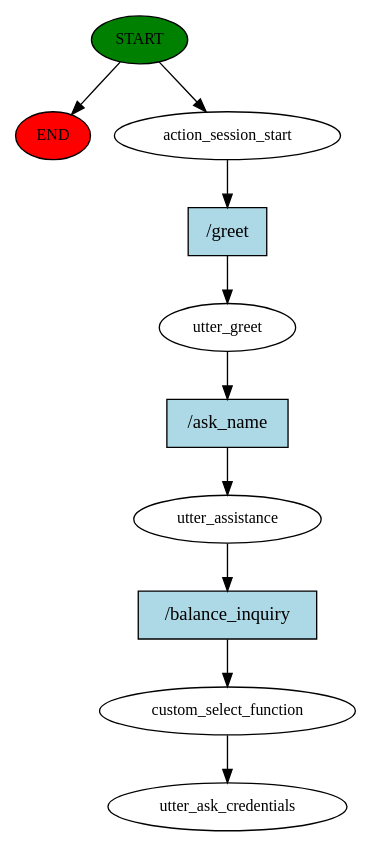
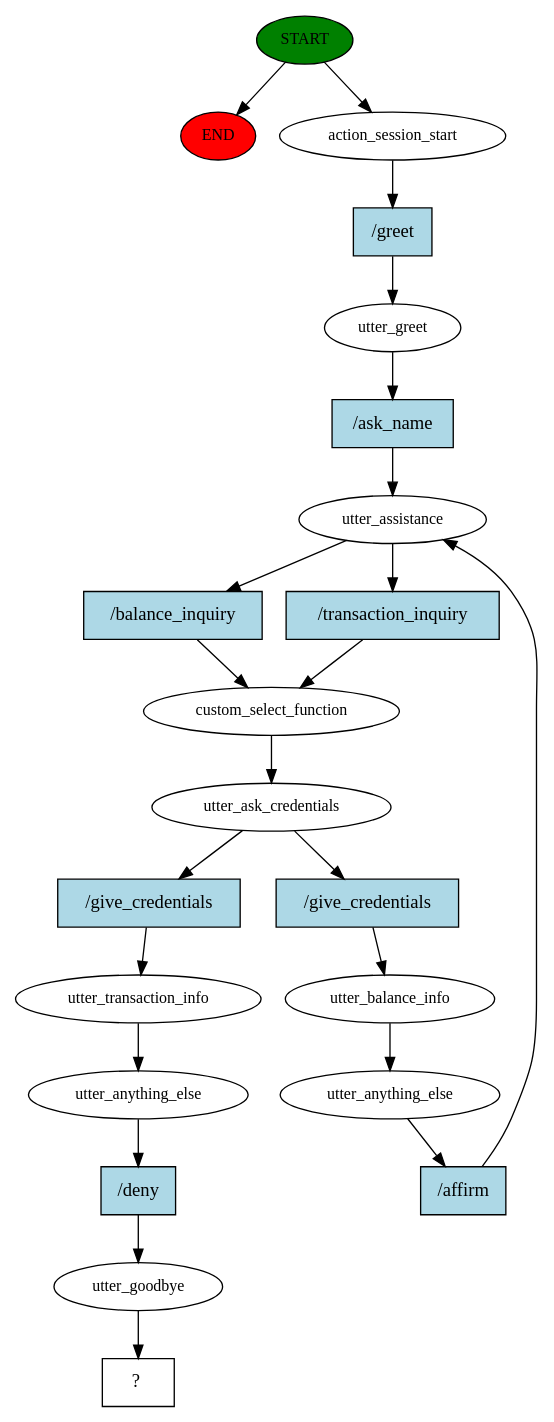
One commit to PascalRai/financial_bot changed the diagram in story_graph.dot. Above: the diagram before and after it, drawn with Graphviz. The commit also changed 163 other files, not shown here.

```diff
--- a/story_graph.dot
+++ b/story_graph.dot
@@ -1,21 +1,45 @@
 digraph  {
 0 [class="start active", fillcolor=green, fontsize=12, label=START, style=filled];
 "-1" [class=end, fillcolor=red, fontsize=12, label=END, style=filled];
 1 [class=active, fontsize=12, label=action_session_start];
 2 [class=active, fontsize=12, label=utter_greet];
 3 [class=active, fontsize=12, label=utter_assistance];
 4 [class=active, fontsize=12, label=custom_select_function];
-5 [class="dashed active", fontsize=12, label=utter_ask_credentials];
-6 [class="intent active", fillcolor=lightblue, label="/greet", shape=rect, style=filled];
-7 [class="intent active", fillcolor=lightblue, label="/ask_name", shape=rect, style=filled];
-8 [class="intent active", fillcolor=lightblue, label="/balance_inquiry", shape=rect, style=filled];
+5 [class=active, fontsize=12, label=utter_ask_credentials];
+6 [class=active, fontsize=12, label=utter_balance_info];
+7 [class=active, fontsize=12, label=utter_anything_else];
+11 [class=active, fontsize=12, label=utter_transaction_info];
+12 [class=active, fontsize=12, label=utter_anything_else];
+13 [class=active, fontsize=12, label=utter_goodbye];
+14 [class="intent dashed active", label="  ?  ", shape=rect];
+15 [class="intent active", fillcolor=lightblue, label="/greet", shape=rect, style=filled];
+16 [class="intent active", fillcolor=lightblue, label="/ask_name", shape=rect, style=filled];
+17 [class="intent active", fillcolor=lightblue, label="/balance_inquiry", shape=rect, style=filled];
+18 [class="intent active", fillcolor=lightblue, label="/transaction_inquiry", shape=rect, style=filled];
+19 [class="intent active", fillcolor=lightblue, label="/give_credentials", shape=rect, style=filled];
+20 [class="intent active", fillcolor=lightblue, label="/give_credentials", shape=rect, style=filled];
+21 [class="intent active", fillcolor=lightblue, label="/affirm", shape=rect, style=filled];
+22 [class="intent active", fillcolor=lightblue, label="/deny", shape=rect, style=filled];
 0 -> "-1"  [class="", key=NONE, label=""];
 0 -> 1  [class=active, key=NONE, label=""];
-1 -> 6  [class=active, key=0];
-2 -> 7  [class=active, key=0];
-3 -> 8  [class=active, key=0];
+1 -> 15  [class=active, key=0];
+2 -> 16  [class=active, key=0];
+3 -> 17  [class=active, key=0];
+3 -> 18  [class=active, key=0];
 4 -> 5  [class=active, key=NONE, label=""];
-6 -> 2  [class=active, key=0];
-7 -> 3  [class=active, key=0];
-8 -> 4  [class=active, key=0];
+5 -> 19  [class=active, key=0];
+5 -> 20  [class=active, key=0];
+6 -> 7  [class=active, key=NONE, label=""];
+7 -> 21  [class=active, key=0];
+11 -> 12  [class=active, key=NONE, label=""];
+12 -> 22  [class=active, key=0];
+13 -> 14  [class=active, key=NONE, label=""];
+15 -> 2  [class=active, key=0];
+16 -> 3  [class=active, key=0];
+17 -> 4  [class=active, key=0];
+18 -> 4  [class=active, key=0];
+19 -> 6  [class=active, key=0];
+20 -> 11  [class=active, key=0];
+21 -> 3  [class=active, key=0];
+22 -> 13  [class=active, key=0];
 }
```
